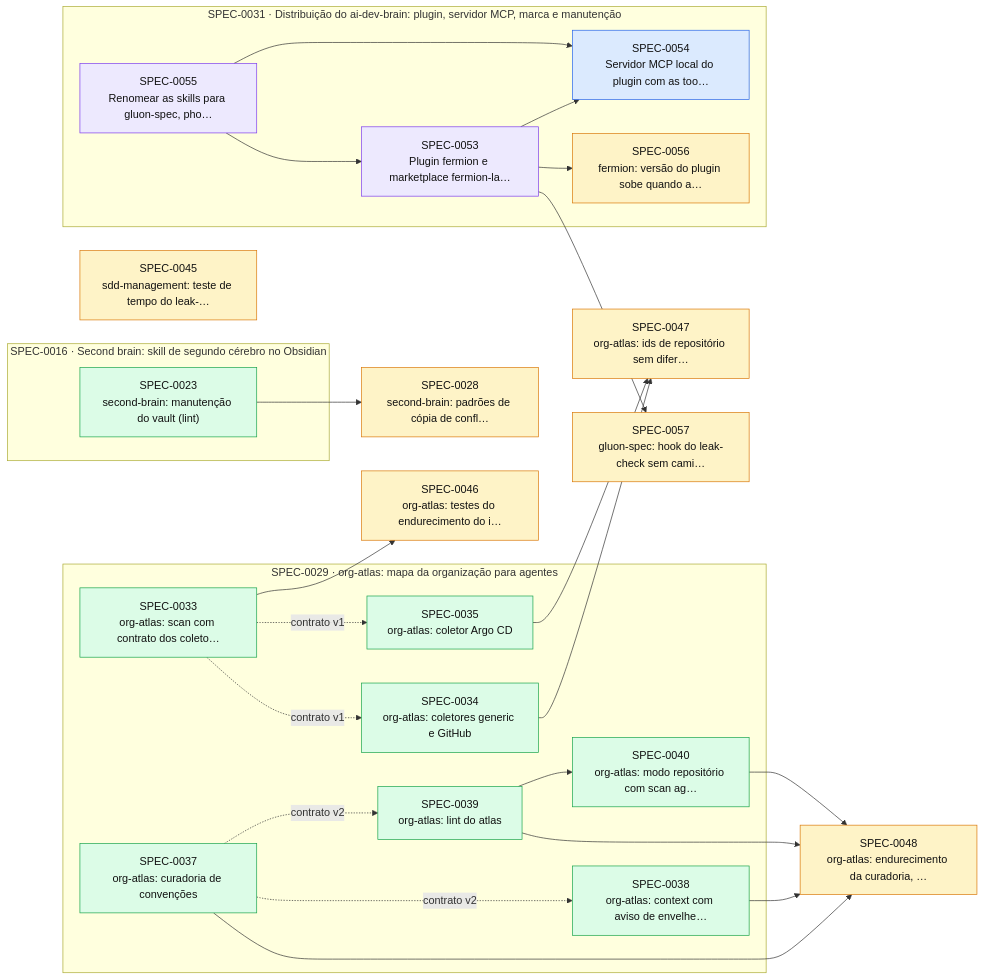
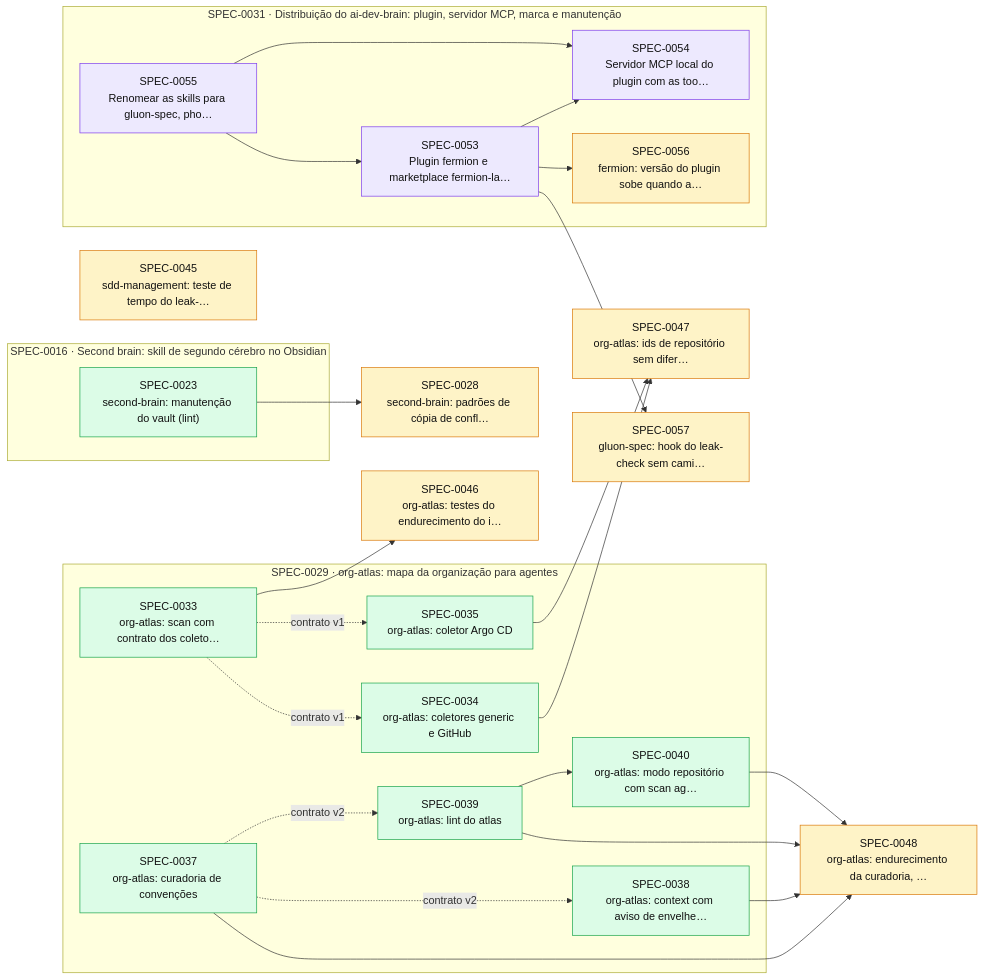
Before and after one commit to thomasravache/ai-dev-brain: the diagram in docs/specs/INDEX.md, drawn with Mermaid. The commit also changed other lines of this file and 1 other file, not shown here.

First line of the commit message:
docs(specs): emenda v2 proposta da SPEC-0054 e impedimento IMP-01

````diff
--- a/docs/specs/INDEX.md
+++ b/docs/specs/INDEX.md
@@ -57,50 +63,50 @@
 ```mermaid
 flowchart LR
   S0028["SPEC-0028<br/>second-brain: padrões de cópia de confl…"]:::proposed
   S0045["SPEC-0045<br/>sdd-management: teste de tempo do leak-…"]:::proposed
   S0046["SPEC-0046<br/>org-atlas: testes do endurecimento do i…"]:::proposed
   S0047["SPEC-0047<br/>org-atlas: ids de repositório sem difer…"]:::proposed
   S0048["SPEC-0048<br/>org-atlas: endurecimento da curadoria, …"]:::proposed
   S0057["SPEC-0057<br/>gluon-spec: hook do leak-check sem cami…"]:::proposed
   subgraph E0016["SPEC-0016 · Second brain: skill de segundo cérebro no Obsidian"]
     S0023["SPEC-0023<br/>second-brain: manutenção do vault (lint)"]:::implemented
   end
   subgraph E0029["SPEC-0029 · org-atlas: mapa da organização para agentes"]
     S0033["SPEC-0033<br/>org-atlas: scan com contrato dos coleto…"]:::implemented
     S0034["SPEC-0034<br/>org-atlas: coletores generic e GitHub"]:::implemented
     S0035["SPEC-0035<br/>org-atlas: coletor Argo CD"]:::implemented
     S0037["SPEC-0037<br/>org-atlas: curadoria de convenções"]:::implemented
     S0038["SPEC-0038<br/>org-atlas: context com aviso de envelhe…"]:::implemented
     S0039["SPEC-0039<br/>org-atlas: lint do atlas"]:::implemented
     S0040["SPEC-0040<br/>org-atlas: modo repositório com scan ag…"]:::implemented
   end
   subgraph E0031["SPEC-0031 · Distribuição do ai-dev-brain: plugin, servidor MCP, marca e manutenção"]
     S0053["SPEC-0053<br/>Plugin fermion e marketplace fermion-la…"]:::inprogress
-    S0054["SPEC-0054<br/>Servidor MCP local do plugin com as too…"]:::approved
+    S0054["SPEC-0054<br/>Servidor MCP local do plugin com as too…"]:::inprogress
     S0055["SPEC-0055<br/>Renomear as skills para gluon-spec, pho…"]:::inprogress
     S0056["SPEC-0056<br/>fermion: versão do plugin sobe quando a…"]:::proposed
   end
   S0023 --> S0028
   S0033 -. contrato v1 .-> S0034
   S0033 -. contrato v1 .-> S0035
   S0037 -. contrato v2 .-> S0038
   S0037 -. contrato v2 .-> S0039
   S0039 --> S0040
   S0033 --> S0046
   S0034 --> S0047
   S0035 --> S0047
   S0037 --> S0048
   S0038 --> S0048
   S0039 --> S0048
   S0040 --> S0048
   S0055 --> S0053
   S0053 --> S0054
   S0055 --> S0054
   S0053 --> S0056
   S0053 --> S0057
   classDef proposed fill:#fef3c7,stroke:#d97706,color:#111
   classDef approved fill:#dbeafe,stroke:#2563eb,color:#111
   classDef inprogress fill:#ede9fe,stroke:#7c3aed,color:#111
   classDef implemented fill:#dcfce7,stroke:#16a34a,color:#111
   classDef deprecated fill:#f3f4f6,stroke:#9ca3af,color:#6b7280
 ```
````
